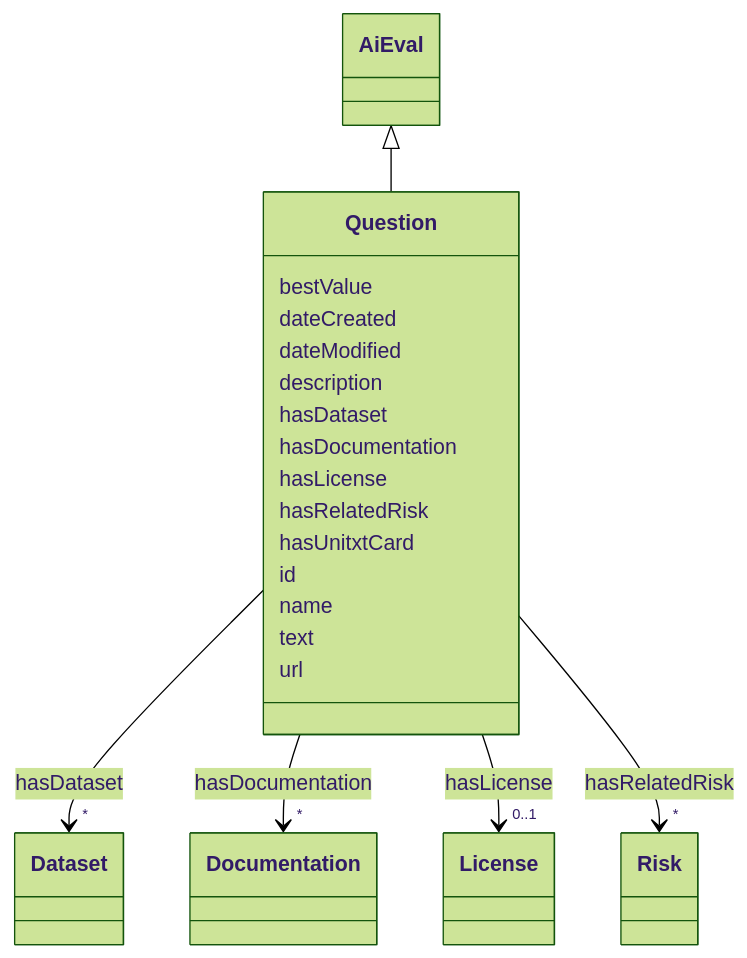
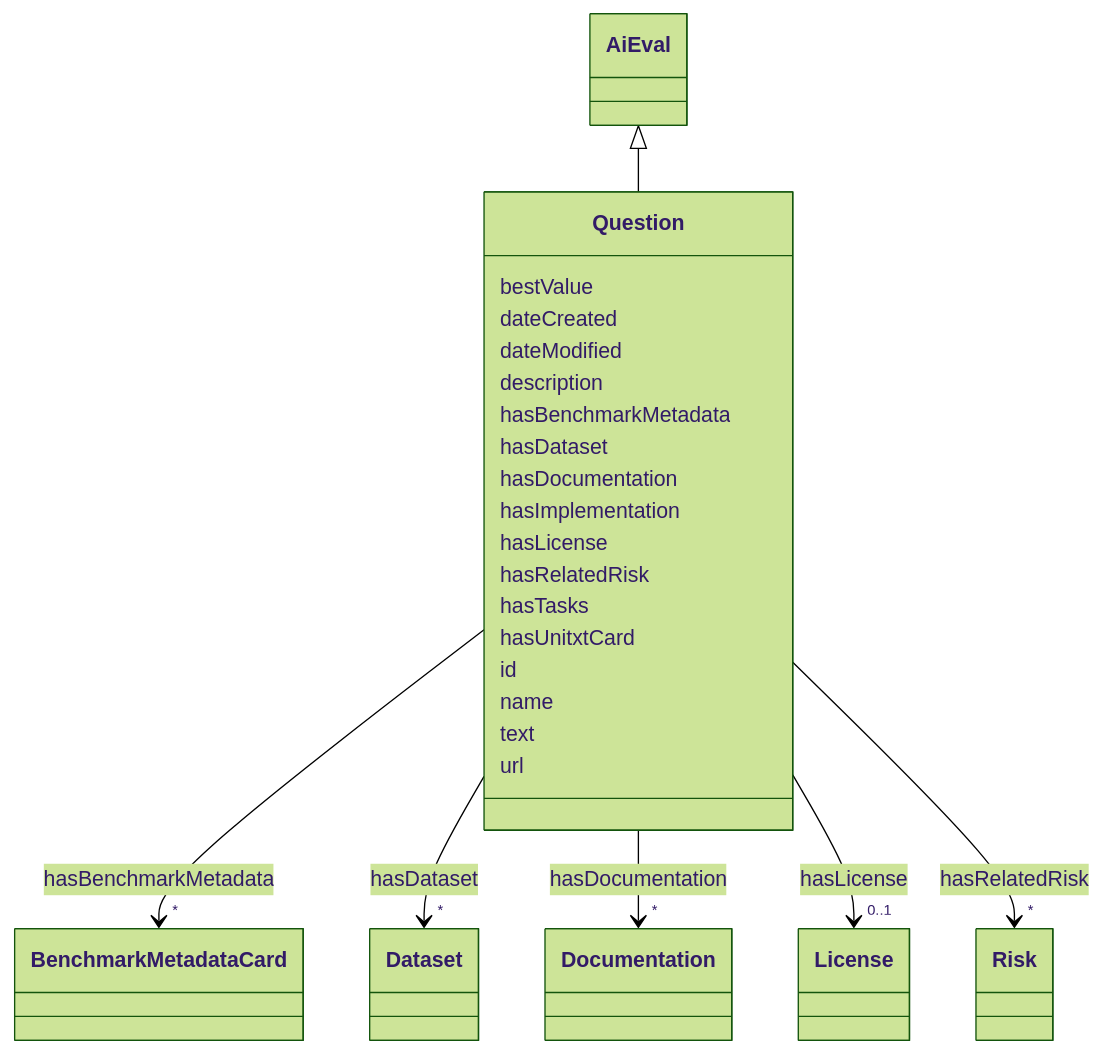
The diagram in docs/ontology/Question.md (zrlfba/risk-atlas-nexus), drawn with Mermaid (forest theme) before and after one commit. The commit also changed other lines of this file and 115 other files, not shown here.

First line of the commit message:
feat: benchmarks and benchmark metadata (#42)

````diff
--- a/docs/ontology/Question.md
+++ b/docs/ontology/Question.md
@@ -19,63 +19,76 @@
 ```mermaid
  classDiagram
     class Question
     click Question href "../Question"
       AiEval <|-- Question
         click AiEval href "../AiEval"
       
       Question : bestValue
         
       Question : dateCreated
         
       Question : dateModified
         
       Question : description
+        
+      Question : hasBenchmarkMetadata
+        
+          
+    
+    
+    Question --> "*" BenchmarkMetadataCard : hasBenchmarkMetadata
+    click BenchmarkMetadataCard href "../BenchmarkMetadataCard"
+
         
       Question : hasDataset
         
           
     
     
     Question --> "*" Dataset : hasDataset
     click Dataset href "../Dataset"
 
         
       Question : hasDocumentation
         
           
     
     
     Question --> "*" Documentation : hasDocumentation
     click Documentation href "../Documentation"
 
         
+      Question : hasImplementation
+        
       Question : hasLicense
         
           
     
     
     Question --> "0..1" License : hasLicense
     click License href "../License"
 
         
       Question : hasRelatedRisk
         
           
     
     
     Question --> "*" Risk : hasRelatedRisk
     click Risk href "../Risk"
 
         
+      Question : hasTasks
+        
       Question : hasUnitxtCard
         
       Question : id
         
       Question : name
         
       Question : text
         
       Question : url
         
       
 ```
````
